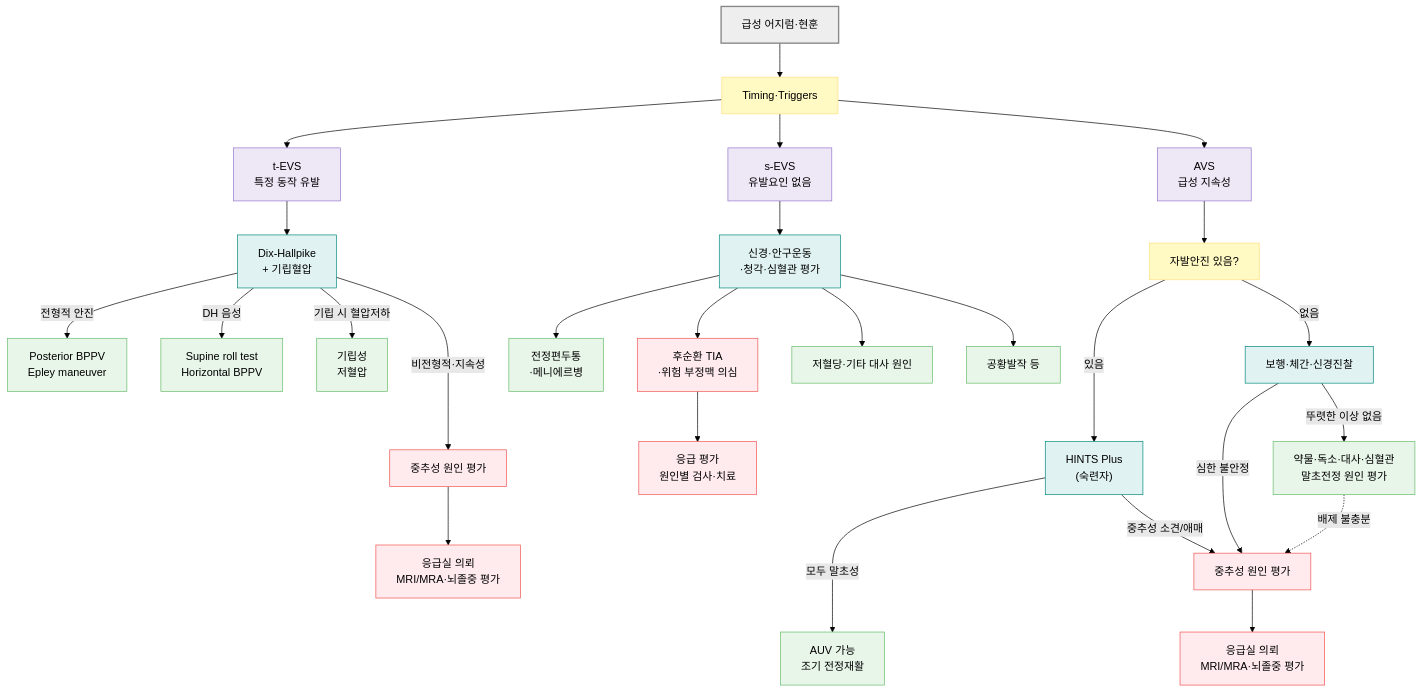
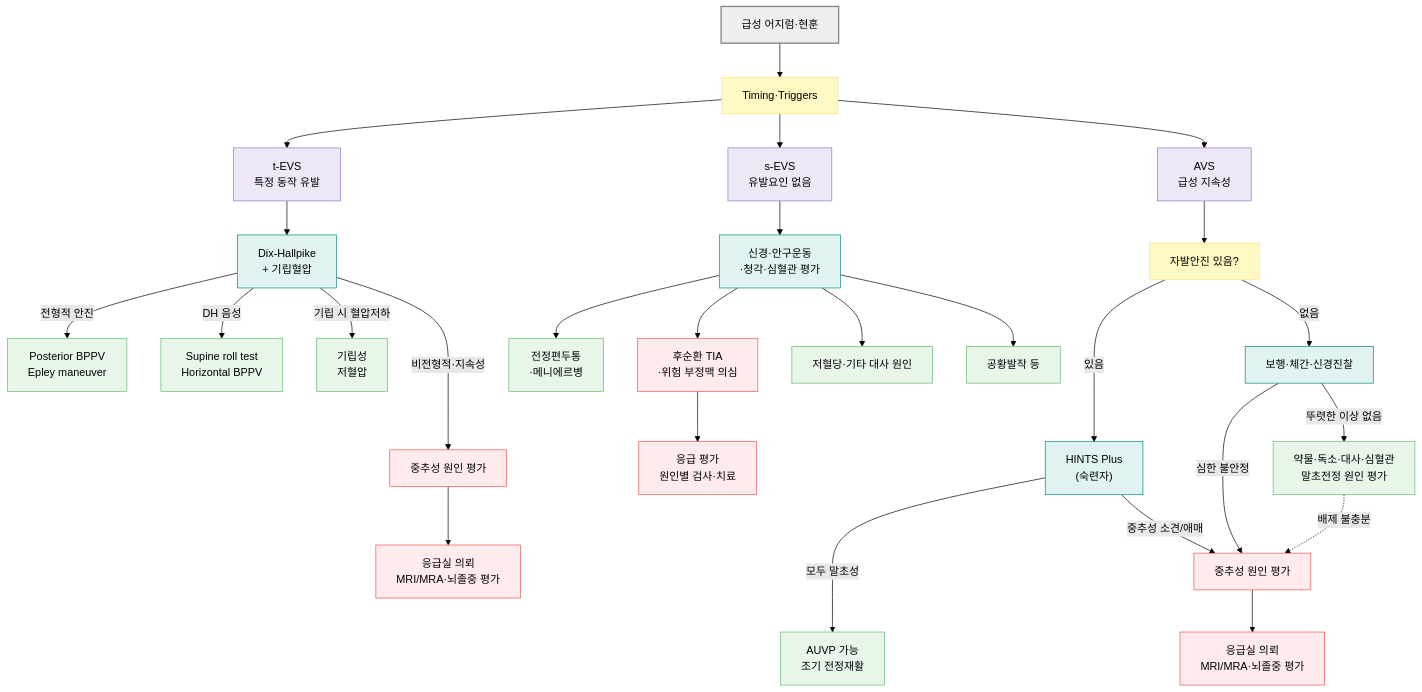
One commit to familyoh77/familyoh77 changed the diagram in 221_/020_-dizziness.md. Above: the diagram before and after it, drawn with Mermaid (forest theme). The commit also changed other lines of this file and 1 other file, not shown here.

````diff
--- a/221_/020_-dizziness.md
+++ b/221_/020_-dizziness.md
@@ -361,47 +361,47 @@
 ```mermaid
 flowchart TD
     A["급성 어지럼·현훈"] --> B["Timing·Triggers"]
     B --> C["t-EVS<br/>특정 동작 유발"]
     B --> D["s-EVS<br/>유발요인 없음"]
     B --> E["AVS<br/>급성 지속성"]
 
     C --> C1["Dix-Hallpike <br/>+ 기립혈압"]
     C1 -->|"전형적 안진"| C2["Posterior BPPV<br/>Epley maneuver"]
     C1 -->|"DH 음성"| C3["Supine roll test<br/>Horizontal BPPV"]
     C1 -->|"기립 시 혈압저하"| C4["기립성 <br/>저혈압"]
     C1 --->|"비전형적·지속성"| X["중추성 원인 평가"]
 
     D --> D1["신경·안구운동<br/>·청각·심혈관 평가"]
     D1 --> D2["전정편두통<br/>·메니에르병"]
     D1 --> D3["후순환 TIA<br/>·위험 부정맥 의심"]
     D1 --> D5["저혈당·기타 대사 원인"]
     D1 --> D4["공황발작 등"]
     D3 --> Y2["응급 평가<br/>원인별 검사·치료"]
 
     E --> E1["자발안진 있음?"]
     E1 -->|"있음"| E2["HINTS Plus<br/>(숙련자)"]
-    E2 --->|"모두 말초성"| E3["AUV 가능<br/>조기 전정재활"]
+    E2 --->|"모두 말초성"| E3["AUVP 가능<br/>조기 전정재활"]
     E2 -->|"중추성 소견/애매"| X1["중추성 원인 평가"]
     E1 -->|"없음"| E4["보행·체간·신경진찰"]
     E4 -->|"심한 불안정"| X1
     E4 -->|"뚜렷한 이상 없음"| E5["약물·독소·대사·심혈관<br/>말초전정 원인 평가"]
     E5 -.->|"배제 불충분"| X1
 
     X --> Y["응급실 의뢰<br/>MRI/MRA·뇌졸중 평가"]
     X1 --> Y1["응급실 의뢰<br/>MRI/MRA·뇌졸중 평가"]
 
     classDef start fill:#eeeeee,stroke:#888888,stroke-width:2px
     classDef branch fill:#fff9c4,stroke:#ffe082
     classDef category fill:#ede7f6,stroke:#9575cd
     classDef process fill:#e0f2f1,stroke:#00897b
     classDef outcome fill:#e8f5e9,stroke:#66bb6a
     classDef urgent fill:#ffebee,stroke:#ef5350
 
     class A start
     class B,E1 branch
     class C,D,E category
     class C1,D1,E2,E4 process
     class C2,C3,C4,D2,D4,D5,E3,E5 outcome
     class X,Y,X1,Y1,D3,Y2 urgent
 
 ```
````
